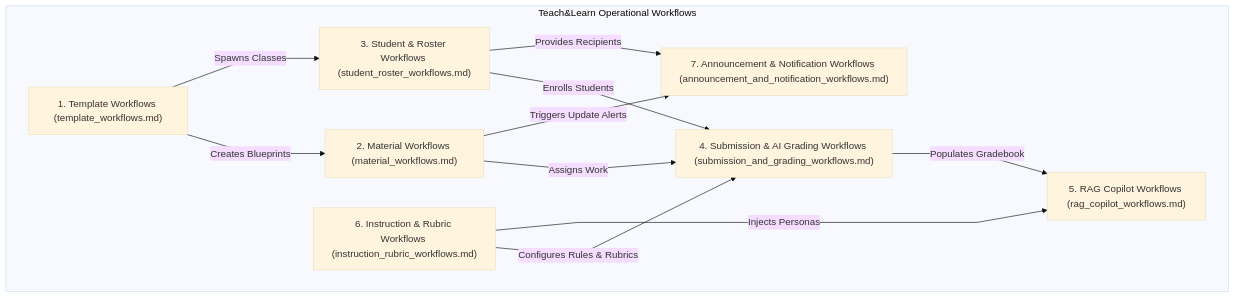
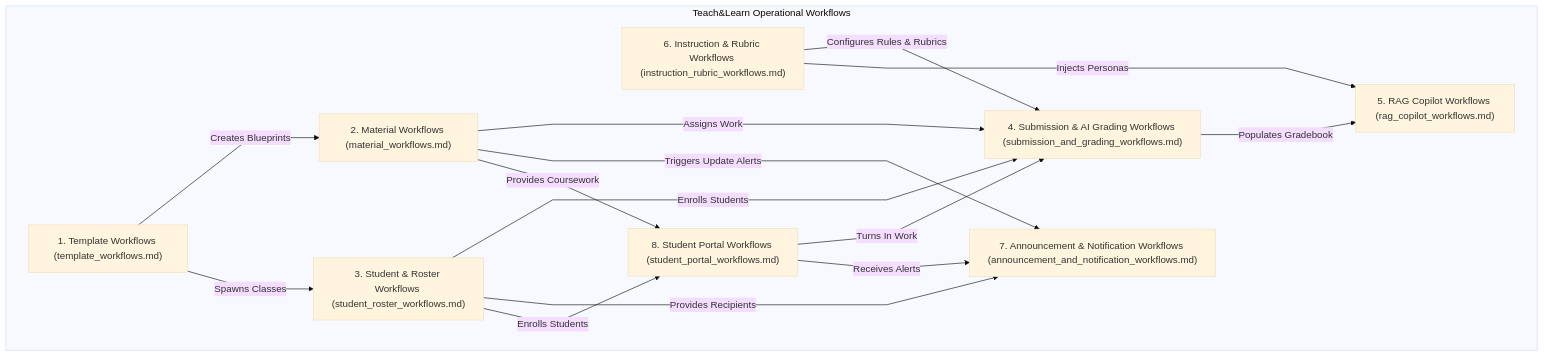
One commit to VictorBravo9er/Teacher-Assistant-Workspace changed the first of 2 diagrams in systems/workflows/README.md. Above: the diagram before and after it, drawn with Mermaid (base theme). The commit also changed other lines of this file and 8 other files, not shown here.

````diff
--- a/systems/workflows/README.md
+++ b/systems/workflows/README.md
@@ -11,23 +11,28 @@
 ```mermaid
 %%{init: {'flowchart': {'curve': 'linear'}}}%%
 flowchart TD
     subgraph MasterWorkflows["Teach&Learn Operational Workflows"]
         W1["1. Template Workflows (template_workflows.md)"]
         W2["2. Material Workflows (material_workflows.md)"]
         W3["3. Student & Roster Workflows (student_roster_workflows.md)"]
         W4["4. Submission & AI Grading Workflows (submission_and_grading_workflows.md)"]
         W5["5. RAG Copilot Workflows (rag_copilot_workflows.md)"]
         W6["6. Instruction & Rubric Workflows (instruction_rubric_workflows.md)"]
         W7["7. Announcement & Notification Workflows (announcement_and_notification_workflows.md)"]
+        W8["8. Student Portal Workflows (student_portal_workflows.md)"]
     end
 
     W1 -->|Creates Blueprints| W2
     W1 -->|Spawns Classes| W3
     W2 -->|Assigns Work| W4
     W3 -->|Enrolls Students| W4
     W4 -->|Populates Gradebook| W5
     W6 -->|Configures Rules & Rubrics| W4
     W6 -->|Injects Personas| W5
     W3 -->|Provides Recipients| W7
     W2 -->|Triggers Update Alerts| W7
+    W3 -->|Enrolls Students| W8
+    W2 -->|Provides Coursework| W8
+    W8 -->|Turns In Work| W4
+    W8 -->|Receives Alerts| W7
 ```
````
